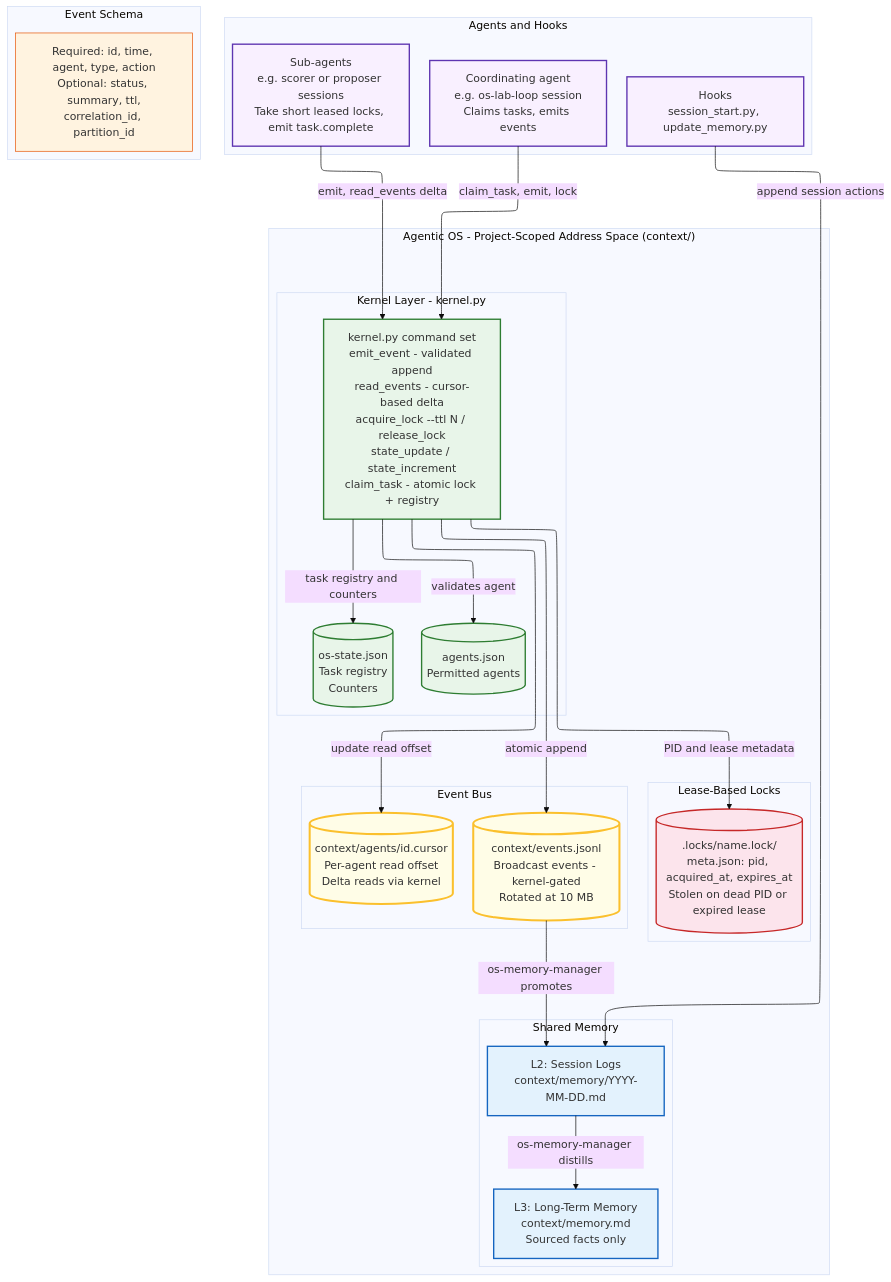
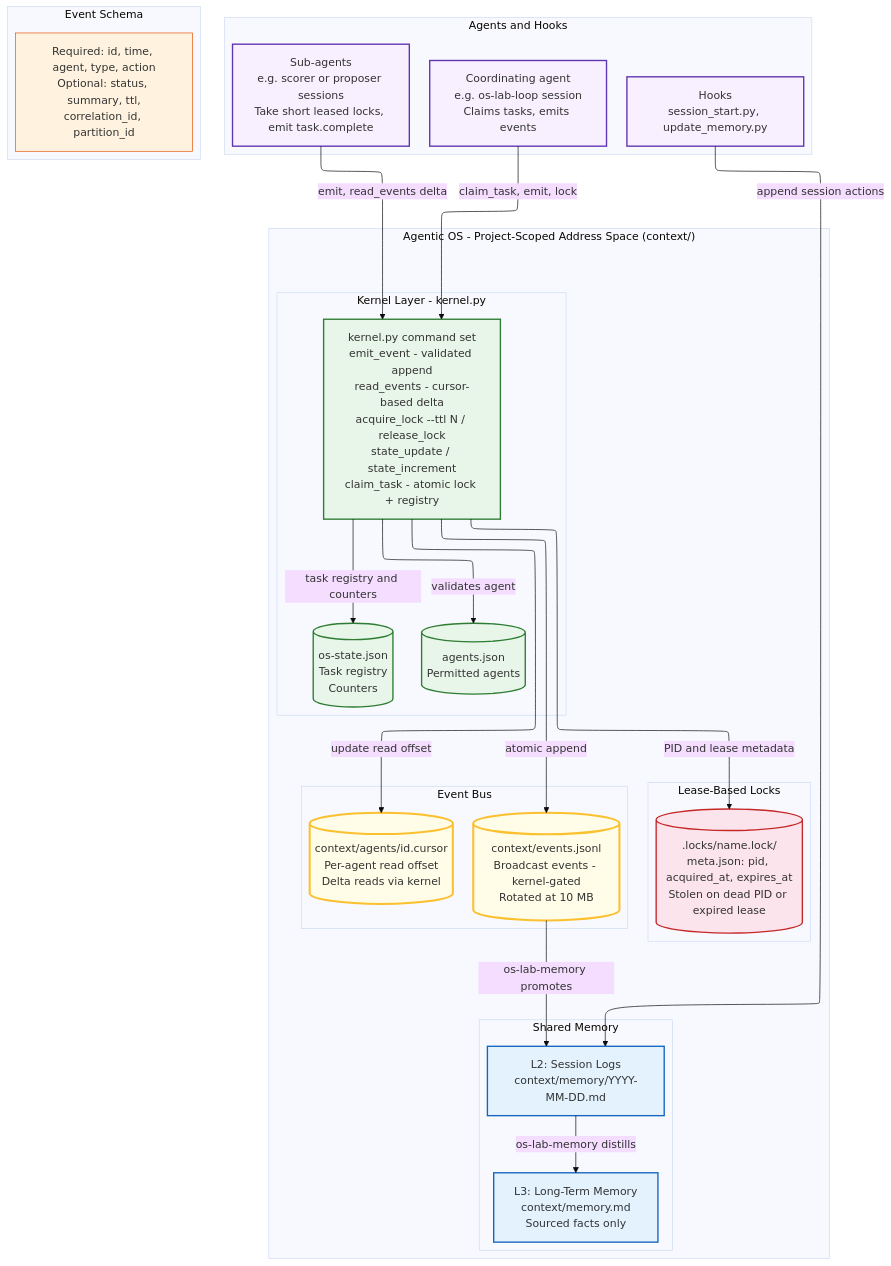
The diagram in plugins/agent-agentic-os/assets/diagrams/architecture-overview.mmd (richfrem/agent-plugins-skills), drawn with Mermaid before and after one commit. The commit also changed 532 other files, not shown here.

```diff
--- a/plugins/agent-agentic-os/assets/diagrams/architecture-overview.mmd
+++ b/plugins/agent-agentic-os/assets/diagrams/architecture-overview.mmd
@@ -1,78 +1,78 @@
 ---
 config:
   layout: elk
   theme: base
 ---
 
 %% Agentic OS kernel - architecture overview
 %% Matches scripts/kernel.py: acquire_lock, release_lock, emit_event, read_events,
 %% state_update, state_increment, claim_task. Files: events.jsonl, .locks/, os-state.json,
 %% agents.json, agents/<id>.cursor. Wait/inbox/guest-token/failover design ideas from the
 %% earlier red-team revision are not implemented and are no longer drawn.
 
 flowchart TB
 
   subgraph OS ["Agentic OS - Project-Scoped Address Space (context/)"]
     direction TB
 
     subgraph KernelLayer ["Kernel Layer - kernel.py"]
       direction LR
       KernelPy["kernel.py command set<BR>emit_event - validated append<BR>read_events - cursor-based delta<BR>acquire_lock --ttl N / release_lock<BR>state_update / state_increment<BR>claim_task - atomic lock + registry"]
       AgentReg[("agents.json<BR>Permitted agents")]
       OSState[("os-state.json<BR>Task registry<BR>Counters")]
     end
 
     subgraph BusLayer ["Event Bus"]
       EventBus[("context/events.jsonl<BR>Broadcast events - kernel-gated<BR>Rotated at 10 MB")]
       Cursors[("context/agents/id.cursor<BR>Per-agent read offset<BR>Delta reads via kernel")]
     end
 
     subgraph LockLayer ["Lease-Based Locks"]
       Locks[(".locks/name.lock/<BR>meta.json: pid, acquired_at, expires_at<BR>Stolen on dead PID or expired lease")]
     end
 
     subgraph MemoryLayers ["Shared Memory"]
       direction LR
       L2["L2: Session Logs<BR>context/memory/YYYY-MM-DD.md"]
       L3["L3: Long-Term Memory<BR>context/memory.md<BR>Sourced facts only"]
     end
 
   end
 
   subgraph Agents ["Agents and Hooks"]
     direction LR
     LOOP["Coordinating agent<BR>e.g. os-lab-loop session<BR>Claims tasks, emits events"]
     SUB["Sub-agents<BR>e.g. scorer or proposer sessions<BR>Take short leased locks, emit task.complete"]
     HOOKS["Hooks<BR>session_start.py, update_memory.py"]
   end
 
   subgraph Schema ["Event Schema"]
     SchemaBox["Required: id, time, agent, type, action<BR>Optional: status, summary, ttl,<BR>correlation_id, partition_id"]
   end
 
   LOOP -- "claim_task, emit, lock" --> KernelPy
   SUB -- "emit, read_events delta" --> KernelPy
   HOOKS -- "append session actions" --> L2
 
   KernelPy -- "atomic append" --> EventBus
   KernelPy -- "update read offset" --> Cursors
   KernelPy -- "validates agent" --> AgentReg
   KernelPy -- "task registry and counters" --> OSState
   KernelPy -- "PID and lease metadata" --> Locks
 
-  EventBus -- "os-memory-manager promotes" --> L2
-  L2 -- "os-memory-manager distills" --> L3
+  EventBus -- "os-lab-memory promotes" --> L2
+  L2 -- "os-lab-memory distills" --> L3
 
   classDef agentRole fill:#f9f0ff,stroke:#5e35b1,stroke-width:2px
   classDef kernel fill:#e8f5e9,stroke:#2e7d32,stroke-width:2px
   classDef bus fill:#fffde7,stroke:#fbc02d,stroke-width:3px
   classDef lock fill:#fce4ec,stroke:#c62828,stroke-width:2px
   classDef mem fill:#e3f2fd,stroke:#1565c0,stroke-width:2px
   classDef schema fill:#fff3e0,stroke:#e65100,stroke-width:1px
 
   class LOOP,SUB,HOOKS agentRole
   class KernelPy,AgentReg,OSState kernel
   class EventBus,Cursors bus
   class Locks lock
   class L2,L3 mem
   class SchemaBox schema
```
